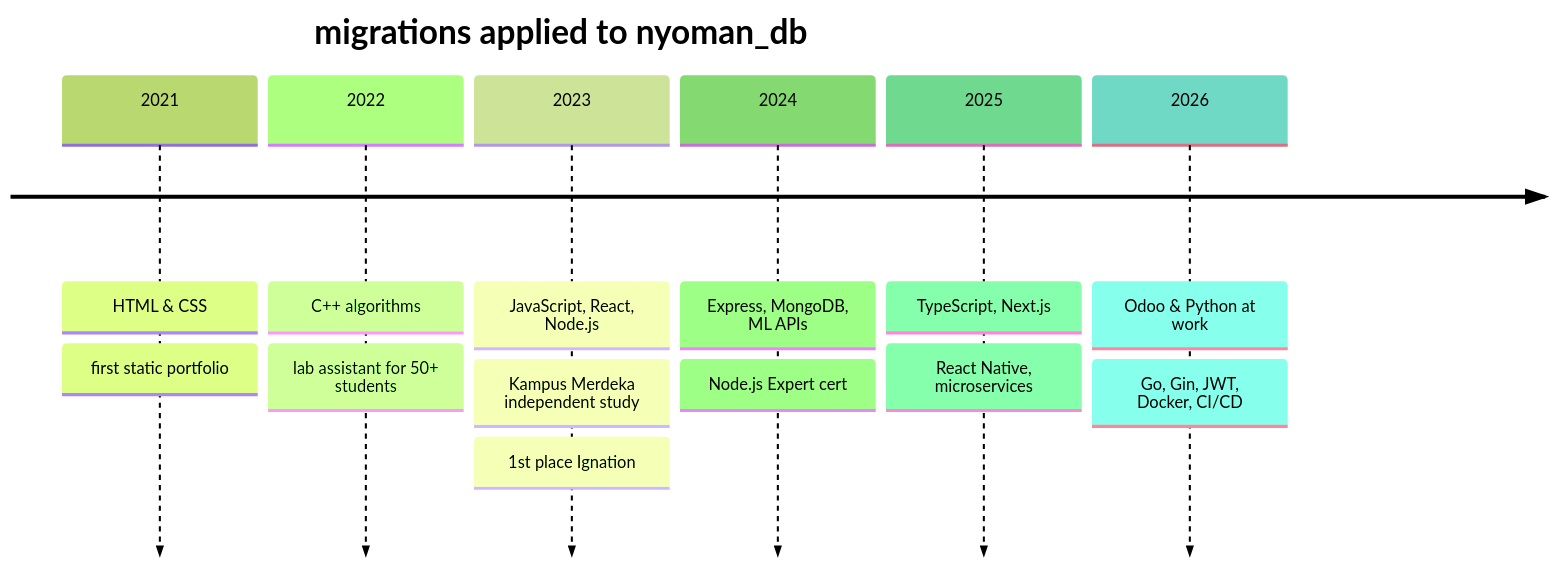
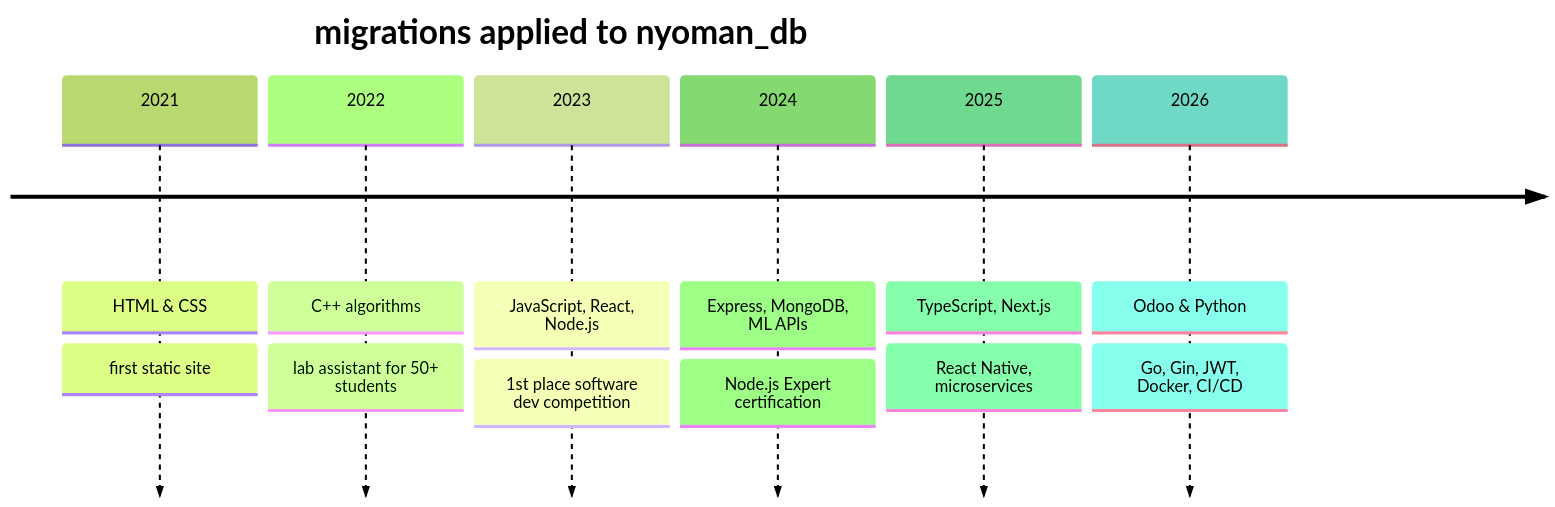
The second of 2 diagrams in README.md (Marst313/Marst313), drawn with Mermaid (forest theme) before and after one commit. The commit also changed other lines of this file, not shown here.

````diff
--- a/README.md
+++ b/README.md
@@ -127,10 +101,10 @@
 ```mermaid
 timeline
     title migrations applied to nyoman_db
-    2021 : HTML & CSS : first static portfolio
+    2021 : HTML & CSS : first static site
     2022 : C++ algorithms : lab assistant for 50+ students
-    2023 : JavaScript, React, Node.js : Kampus Merdeka independent study : 1st place Ignation
-    2024 : Express, MongoDB, ML APIs : Node.js Expert cert
+    2023 : JavaScript, React, Node.js : 1st place software dev competition
+    2024 : Express, MongoDB, ML APIs : Node.js Expert certification
     2025 : TypeScript, Next.js : React Native, microservices
-    2026 : Odoo & Python at work : Go, Gin, JWT, Docker, CI/CD
+    2026 : Odoo & Python : Go, Gin, JWT, Docker, CI/CD
 ```
````
